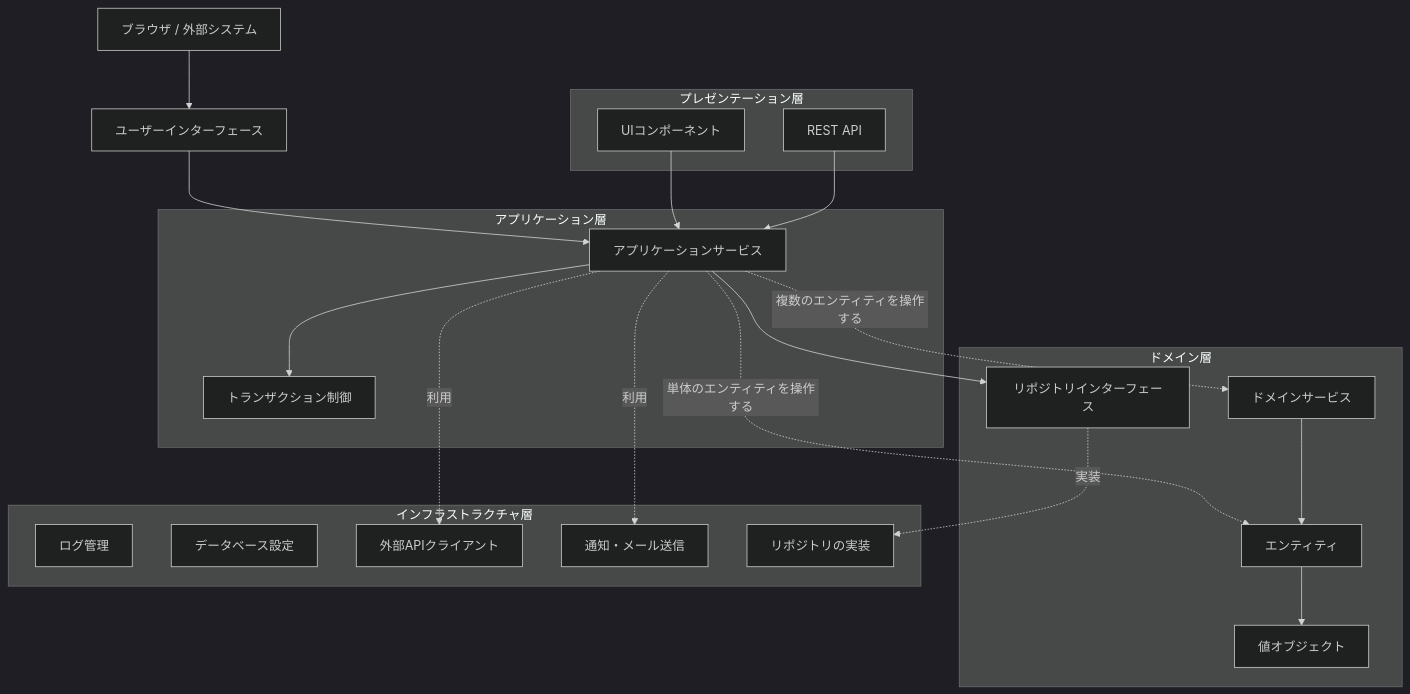
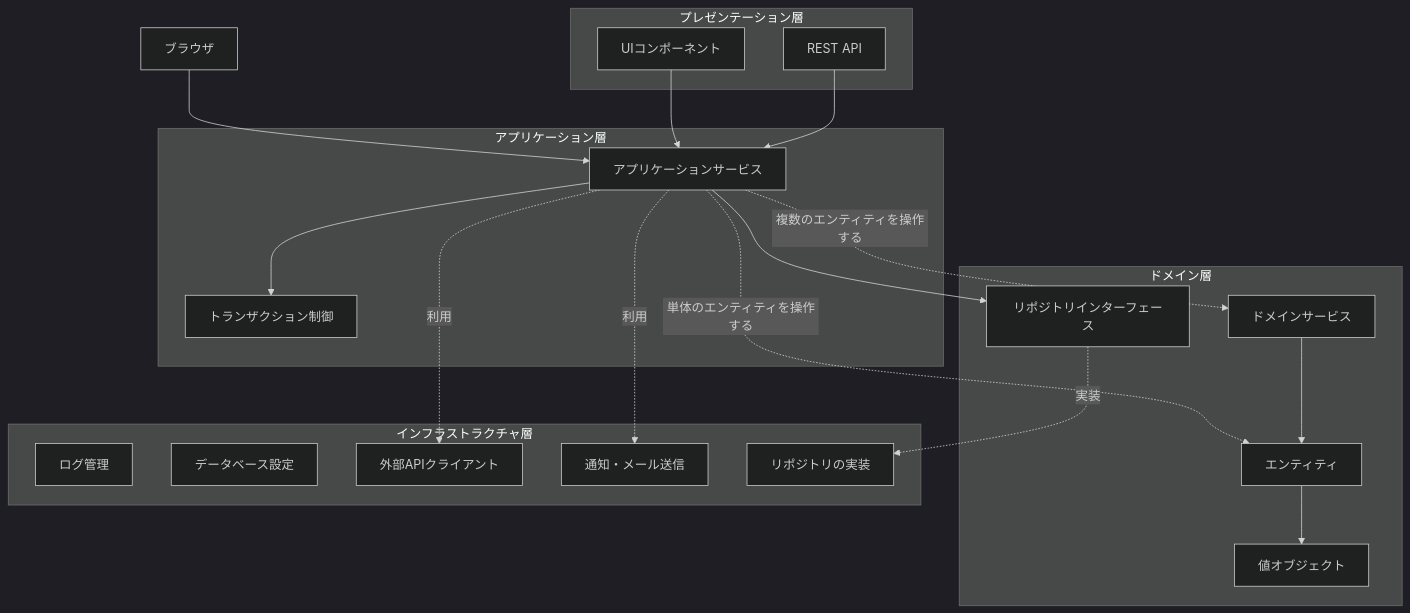
One commit to aew2sbee/zenn changed the diagram in articles/domain-driven-design-tutorial.md. Above: the diagram before and after it, drawn with Mermaid (dark theme). The commit also changed other lines of this file, not shown here.

`````diff
--- a/articles/domain-driven-design-tutorial.md
+++ b/articles/domain-driven-design-tutorial.md
@@ -257,57 +233,54 @@
 ````mermaid
 graph TD
     %% 外部（システムの利用者）
-    External[ブラウザ / 外部システム]
-
-    UserInterface[ユーザーインターフェース]
+    External[ブラウザ]
 
     subgraph UI_Layer [プレゼンテーション層]
         Component[UIコンポーネント]
         RESTAPI[REST API]
     end
 
     subgraph Application_Layer [アプリケーション層]
         AS[アプリケーションサービス]
         Transaction[トランザクション制御]
     end
 
     subgraph Domain_Layer [ドメイン層]
         Entity[エンティティ]
         VO[値オブジェクト]
         DS[ドメインサービス]
         RepoInt[リポジトリインターフェース]
     end
 
     subgraph Infrastructure_Layer [インフラストラクチャ層]
         LOG[ログ管理]
         DB[データベース設定]
         ExternalAPI[外部APIクライアント]
         MailService[通知・メール送信]
         RepoImpl[リポジトリの実装]
     end
 
     %% --- 依存関係と流れ ---
 
     %% 外部からUI層へ
-    External --> UserInterface
+    External --> AS
 
     %% UI層からアプリケーション層へ
-    UserInterface --> AS
     Component --> AS
     RESTAPI --> AS
 
     %% アプリケーション層からドメイン層へ
     AS --> Transaction
     AS -.->|単体のエンティティを操作する| Entity
     AS -.->|複数のエンティティを操作する| DS
     AS --> RepoInt
 
     %% ドメイン層内の関係
     DS --> Entity
     Entity --> VO
 
     %% インフラストラクチャ層への依存
     RepoInt -.->|実装| RepoImpl
     AS -.->|利用| ExternalAPI
     AS -.->|利用| MailService
 ````
`````
